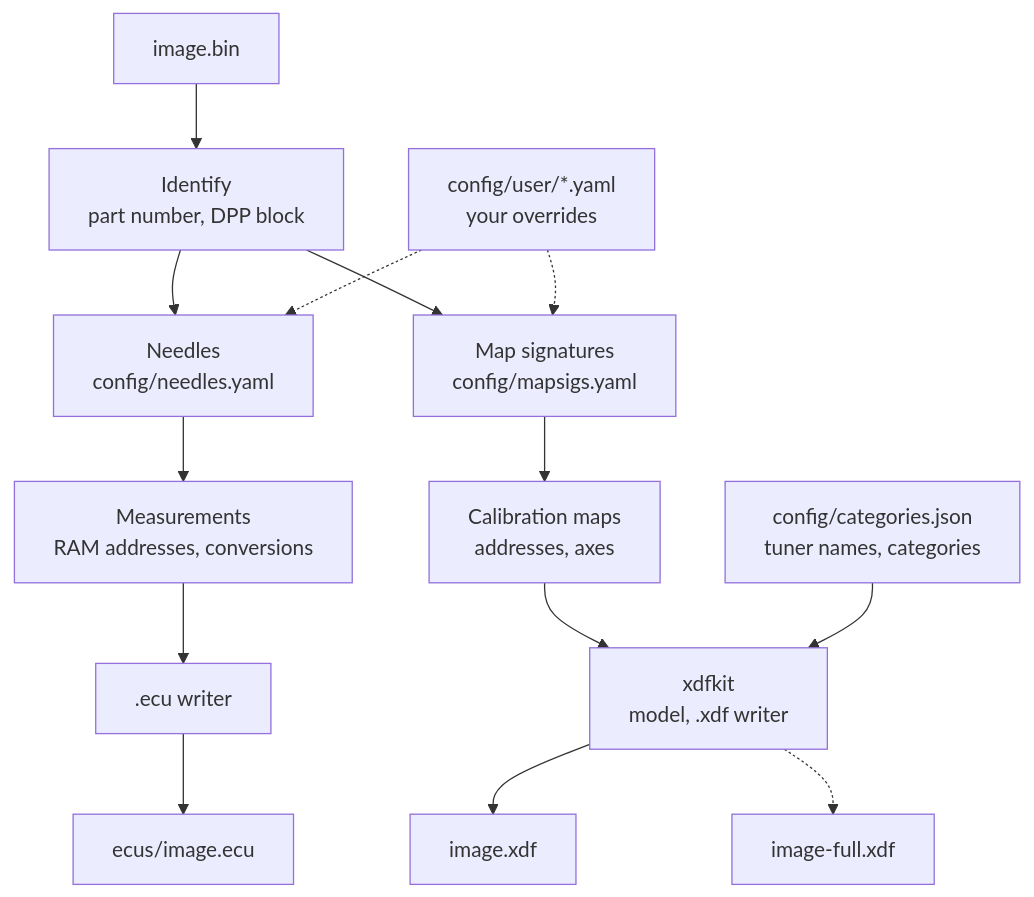
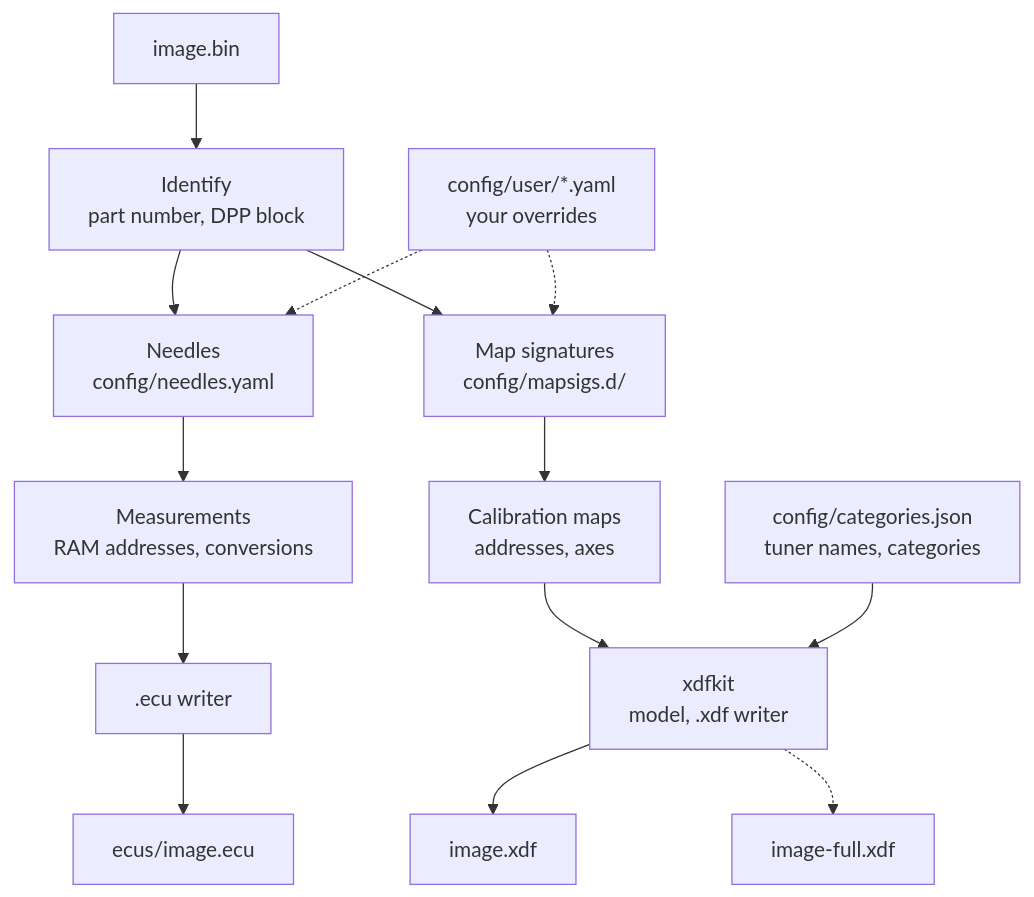
One commit to nyetlabs/me7-logger changed the second of 4 diagrams in README.md. Above: the diagram before and after it, drawn with Mermaid. The commit also changed other lines of this file and 15 other files, not shown here.

````diff
--- a/README.md
+++ b/README.md
@@ -43,15 +43,15 @@
 ```mermaid
 flowchart TD
   bin[image.bin] --> id["Identify<br/>part number, DPP block"]
   id --> needles["Needles<br/>config/needles.yaml"]
-  id --> sigs["Map signatures<br/>config/mapsigs.yaml"]
+  id --> sigs["Map signatures<br/>config/mapsigs.d/"]
   user["config/user/*.yaml<br/>your overrides"] -.-> needles
   user -.-> sigs
   needles --> items["Measurements<br/>RAM addresses, conversions"]
   sigs --> maps["Calibration maps<br/>addresses, axes"]
   items --> ecuw[".ecu writer"] --> ecufile[ecus/image.ecu]
   maps --> xdfw["xdfkit<br/>model, .xdf writer"]
   cats["config/categories.json<br/>tuner names, categories"] --> xdfw
   xdfw --> xdf[image.xdf]
   xdfw -.-> full[image-full.xdf]
 ```
````
